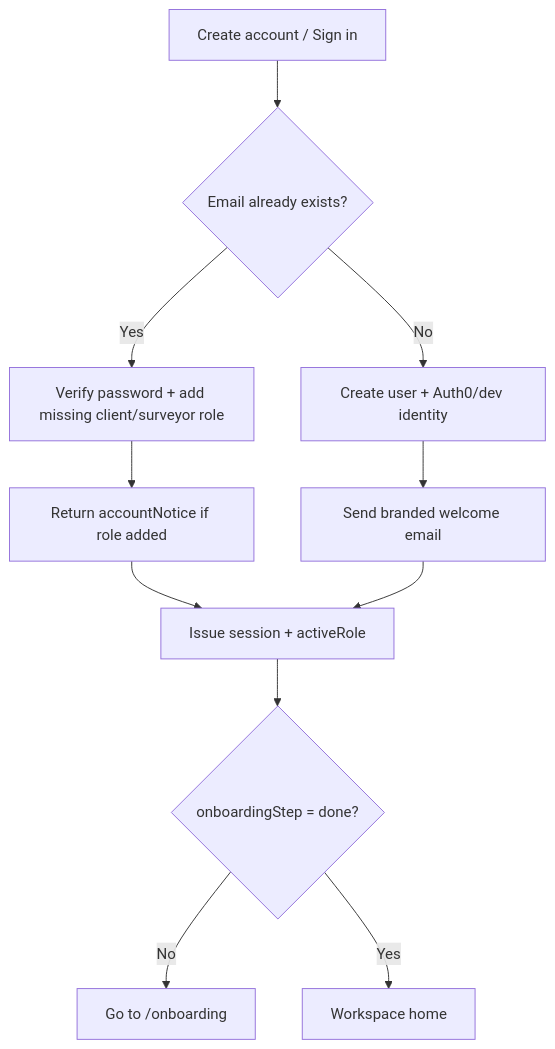
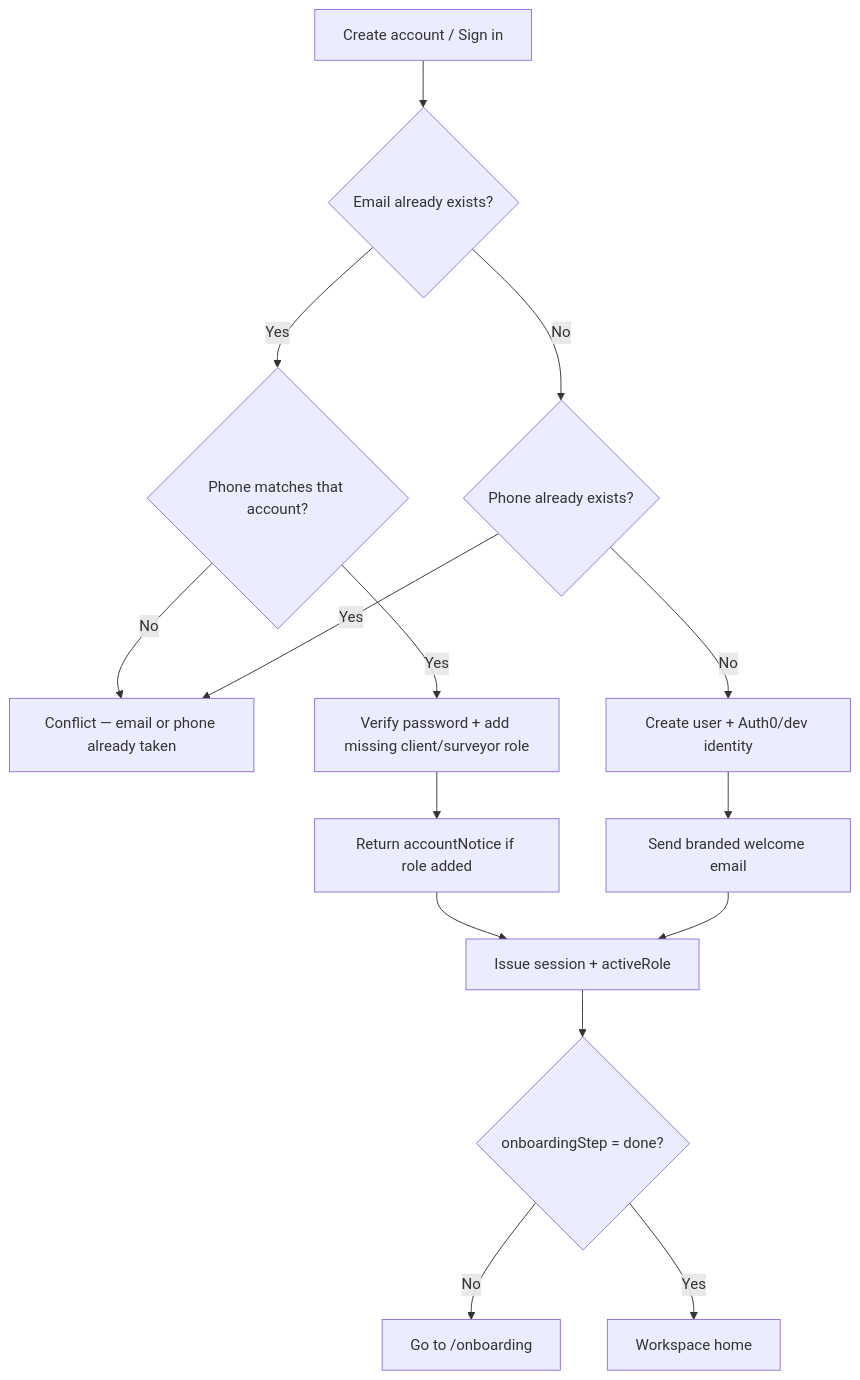
One commit to nilvbs/virtualbuildingstudio-build-monorepo changed the second of 6 diagrams in docs/BUSINESS_LOGIC.md. Above: the diagram before and after it, drawn with Mermaid. The commit also changed other lines of this file and 15 other files, not shown here.

First line of the commit message:
feat: tighten signup identity checks and ship admin surveyor directory.

````diff
--- a/docs/BUSINESS_LOGIC.md
+++ b/docs/BUSINESS_LOGIC.md
@@ -45,13 +45,17 @@
 ```mermaid
 flowchart TD
   Start["Create account / Sign in"] --> EmailCheck{"Email already exists?"}
-  EmailCheck -->|Yes| AddRole["Verify password + add missing client/surveyor role"]
-  EmailCheck -->|No| CreateUser["Create user + Auth0/dev identity"]
+  EmailCheck -->|Yes| PhoneMatch{"Phone matches that account?"}
+  PhoneMatch -->|No| Conflict["Conflict — email or phone already taken"]
+  PhoneMatch -->|Yes| AddRole["Verify password + add missing client/surveyor role"]
+  EmailCheck -->|No| PhoneCheck{"Phone already exists?"}
+  PhoneCheck -->|Yes| Conflict
+  PhoneCheck -->|No| CreateUser["Create user + Auth0/dev identity"]
   AddRole --> Notice["Return accountNotice if role added"]
   CreateUser --> Welcome["Send branded welcome email"]
   Notice --> Session["Issue session + activeRole"]
   Welcome --> Session
   Session --> Onboard{"onboardingStep = done?"}
   Onboard -->|No| Onboarding["Go to /onboarding"]
   Onboard -->|Yes| Home["Workspace home"]
 ```
````
